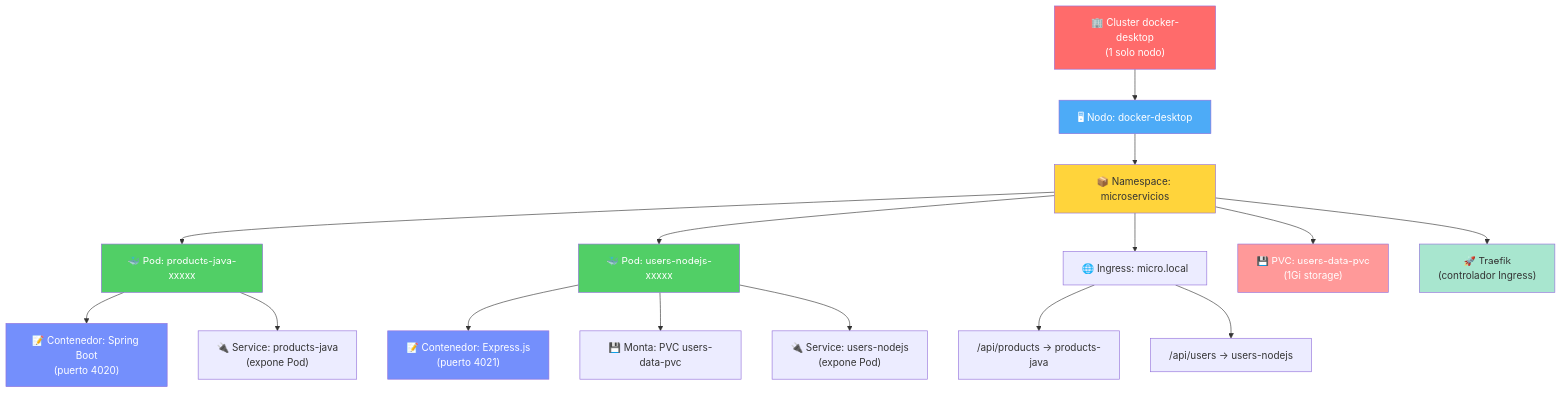
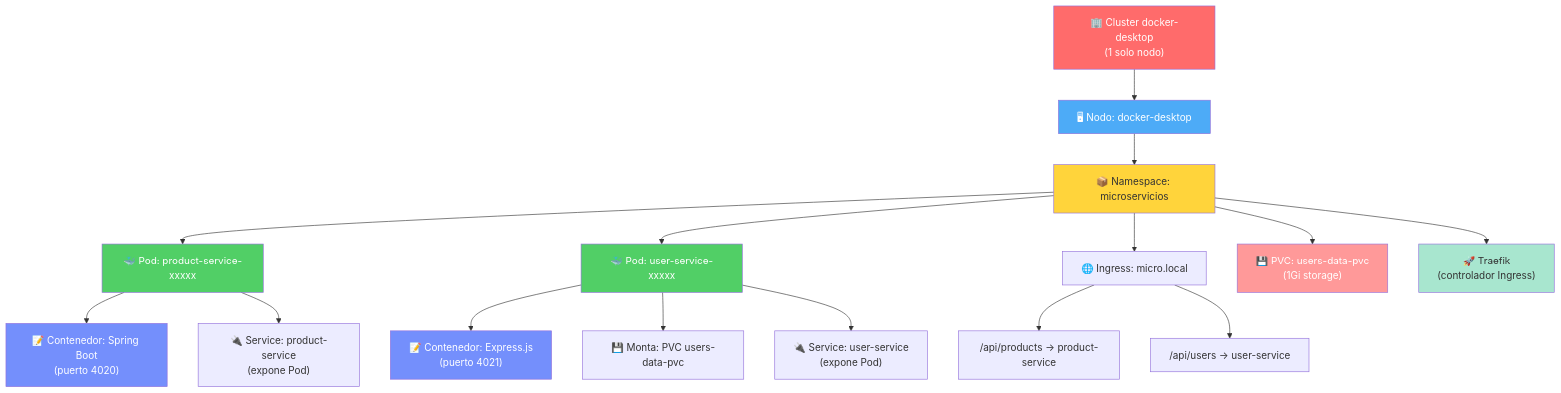
One commit to docentedev/IaC-example changed diagram 11 of 20 in README.md. Above: the diagram before and after it, drawn with Mermaid. The commit also changed other lines of this file and 60 other files, not shown here.

````diff
--- a/README.md
+++ b/README.md
@@ -1106,43 +1109,43 @@
 ```mermaid
 graph TD
     A["🏢 Cluster docker-desktop<br/>(1 solo nodo)"]
     B["🖥 Nodo: docker-desktop"]
     C["📦 Namespace: microservicios"]
-    D["🐳 Pod: products-java-xxxxx"]
+    D["🐳 Pod: product-service-xxxxx"]
     E["📝 Contenedor: Spring Boot<br/>(puerto 4020)"]
-    F["🔌 Service: products-java<br/>(expone Pod)"]
-    G["🐳 Pod: users-nodejs-xxxxx"]
+    F["🔌 Service: product-service<br/>(expone Pod)"]
+    G["🐳 Pod: user-service-xxxxx"]
     H["📝 Contenedor: Express.js<br/>(puerto 4021)"]
     I["💾 Monta: PVC users-data-pvc"]
-    J["🔌 Service: users-nodejs<br/>(expone Pod)"]
+    J["🔌 Service: user-service<br/>(expone Pod)"]
     K["🌐 Ingress: micro.local"]
-    L["/api/products → products-java"]
-    M["/api/users → users-nodejs"]
+    L["/api/products → product-service"]
+    M["/api/users → user-service"]
     N["💾 PVC: users-data-pvc<br/>(1Gi storage)"]
     O["🚀 Traefik<br/>(controlador Ingress)"]
     
     A --> B
     B --> C
     C --> D
     C --> G
     C --> K
     C --> N
     C --> O
     D --> E
     D --> F
     G --> H
     G --> I
     G --> J
     K --> L
     K --> M
     
     style A fill:#ff6b6b,color:#fff
     style B fill:#4dabf7,color:#fff
     style C fill:#ffd43b,color:#333
     style D fill:#51cf66,color:#fff
     style G fill:#51cf66,color:#fff
     style E fill:#748ffc,color:#fff
     style H fill:#748ffc,color:#fff
     style N fill:#ff9999,color:#fff
     style O fill:#a8e6cf,color:#333
 ```
````
